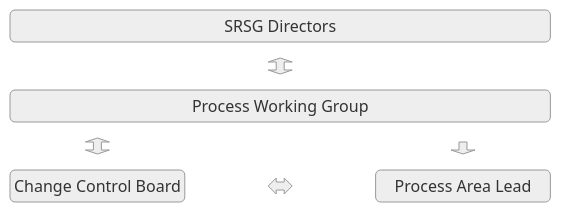
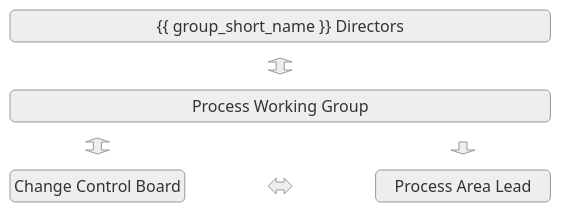
The diagram in srsg-processes/tor_process_working_group.md (Southampton-RSG/srsg-processes), drawn with Mermaid (neutral theme) before and after one commit. The commit also changed other lines of this file and 6 other files, not shown here.

````diff
--- a/srsg-processes/tor_process_working_group.md
+++ b/srsg-processes/tor_process_working_group.md
@@ -55,9 +55,9 @@
 ```{mermaid}
 block-beta
   columns 3
-  dir("SRSG Directors"):3
+  dir("{{ group_short_name }} Directors"):3
   space blockArrowId1<[" "]>(y) space
   pwg("Process Working Group"):3
   blockArrowId2<[" "]>(y) space blockArrowId3<[" "]>(down) 
   ccb("Change Control Board") blockArrowId4<[" "]>(x) pl("Process Area Lead")
 ```
````
